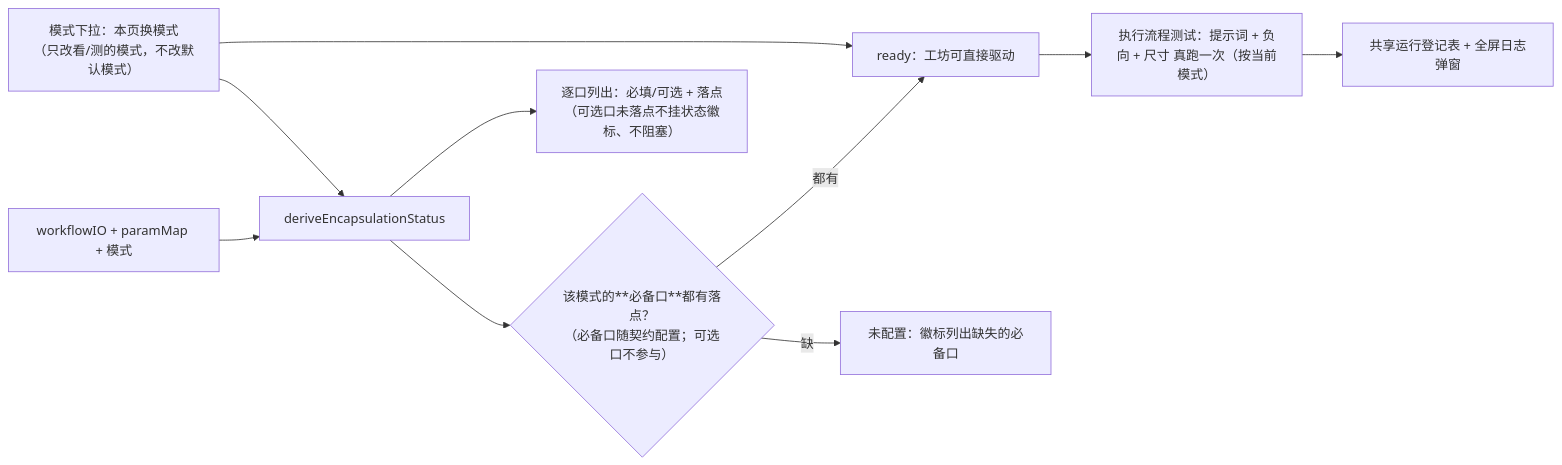
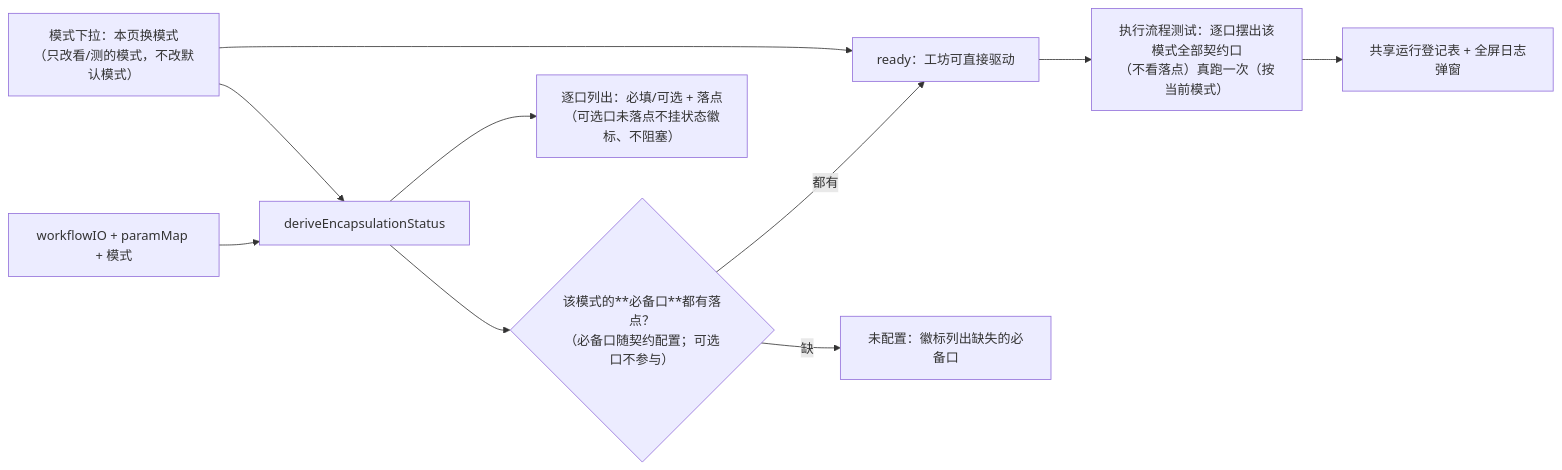
The sixth of 8 diagrams in docs/guides/feature-workflow-library-flow.md (wuxianyuedu/comfy-app), drawn with Mermaid before and after one commit. The commit also changed other lines of this file and 9 other files, not shown here.

````diff
--- a/docs/guides/feature-workflow-library-flow.md
+++ b/docs/guides/feature-workflow-library-flow.md
@@ -188,12 +188,12 @@
 ```mermaid
 flowchart LR
   IO["workflowIO + paramMap + 模式"] --> STATUS["deriveEncapsulationStatus"]
   STATUS --> READY{"该模式的**必备口**都有落点？<br/>（必备口随契约配置；可选口不参与）"}
   READY -->|都有| OK["ready：工坊可直接驱动"]
   READY -->|缺| NO["未配置：徽标列出缺失的必备口"]
   STATUS --> LIST["逐口列出：必填/可选 + 落点<br/>（可选口未落点不挂状态徽标、不阻塞）"]
   MODE["模式下拉：本页换模式<br/>（只改看/测的模式，不改默认模式）"] --> STATUS
   MODE --> OK
-  OK --> TEST["执行流程测试：提示词 + 负向 + 尺寸 真跑一次（按当前模式）"]
+  OK --> TEST["执行流程测试：逐口摆出该模式全部契约口<br/>（不看落点）真跑一次（按当前模式）"]
   TEST --> SHARED["共享运行登记表 + 全屏日志弹窗"]
 ```
````
